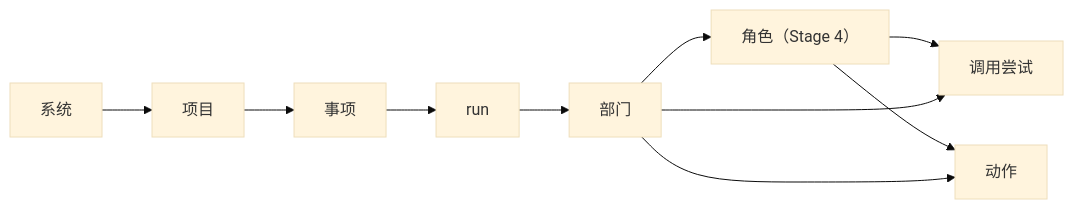
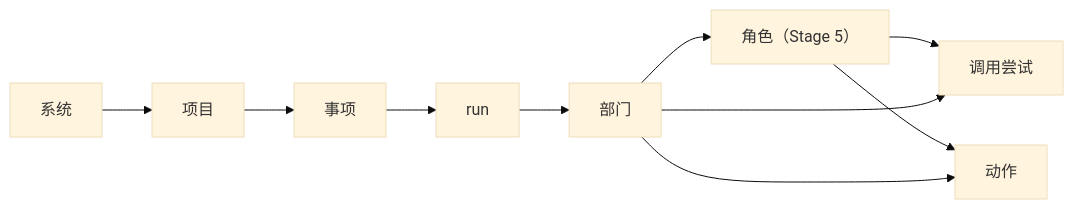
One commit to bender2333/yudao changed the second of 2 diagrams in docs/prototypes/v7/design.md. Above: the diagram before and after it, drawn with Mermaid (base theme). The commit also changed other lines of this file and 36 other files, not shown here.

````diff
--- a/docs/prototypes/v7/design.md
+++ b/docs/prototypes/v7/design.md
@@ -47,12 +47,12 @@
 ```mermaid
 flowchart LR
     Sys["系统"] --> Proj["项目"]
     Proj --> WI["事项"]
     WI --> Run["run"]
     Run --> Dept["部门"]
-    Dept --> Role["角色（Stage 4）"]
+    Dept --> Role["角色（Stage 5）"]
     Role --> Att["调用尝试"]
     Role --> Act["动作"]
     Dept --> Att
     Dept --> Act
 ```
````
